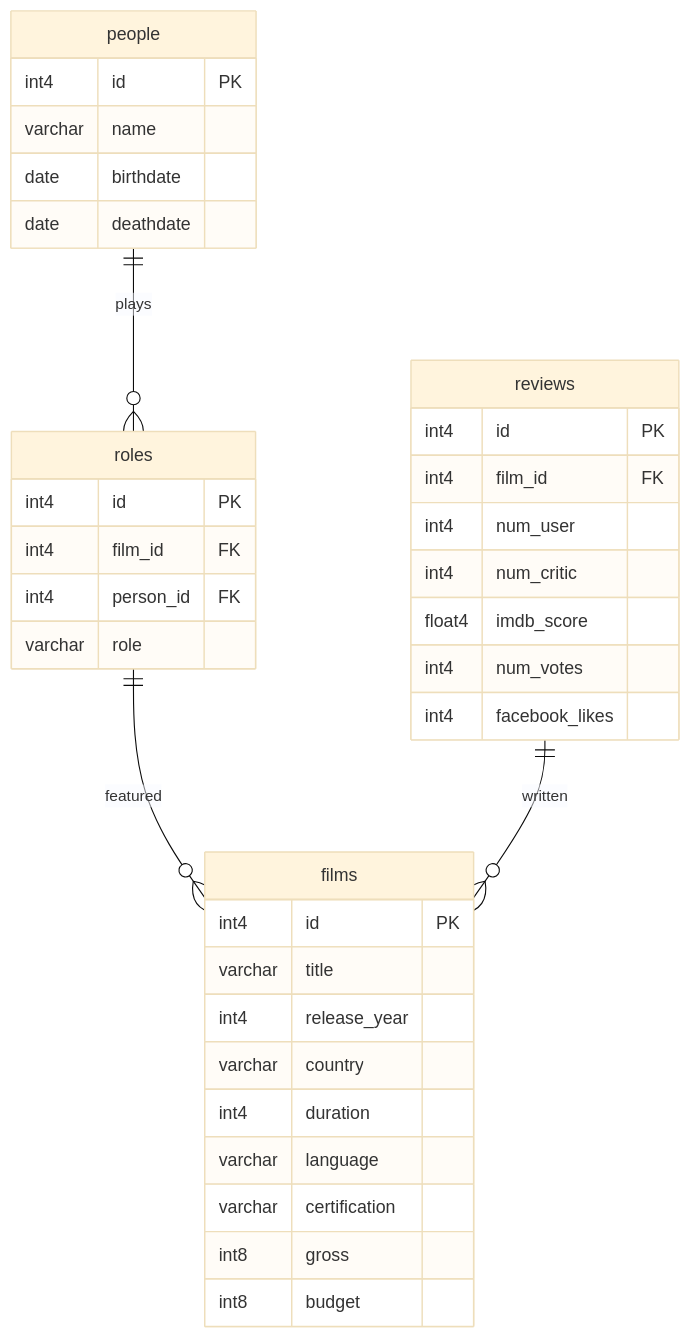
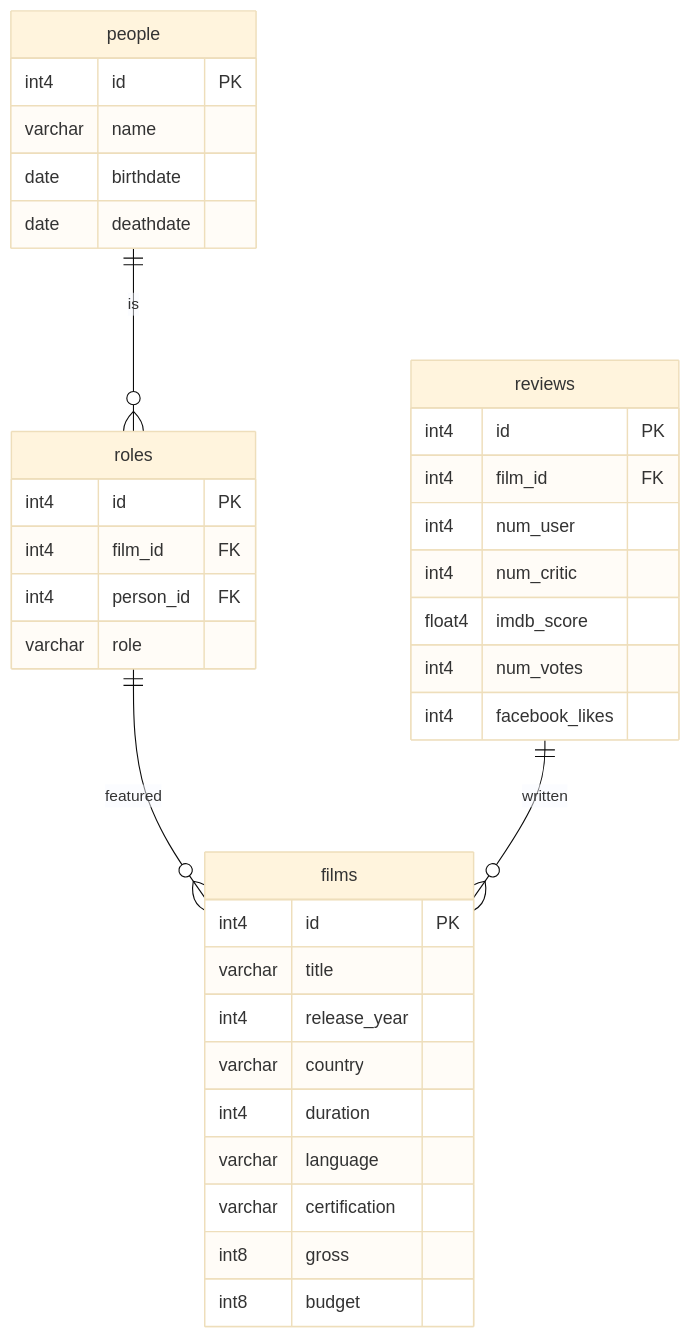
Before and after one commit to etienobongedo/SQL_PROJECTS: the diagram in films_db/diagrams.md, drawn with Mermaid (base theme).

````diff
--- a/films_db/diagrams.md
+++ b/films_db/diagrams.md
@@ -1,38 +1,38 @@
 ```mermaid
 erDiagram
     roles ||--o{ films : featured
-    people ||--o{ roles : plays
+    people ||--o{ roles : is
     reviews ||--o{ films : written
     films {
         int4 id PK
         varchar title
         int4 release_year
         varchar country
         int4 duration
         varchar language
         varchar certification
         int8 gross
         int8 budget
     }
     people {
         int4 id PK
         varchar name
         date birthdate
         date deathdate
     }
     reviews {
         int4 id PK
         int4 film_id FK
         int4 num_user
         int4 num_critic
         float4 imdb_score
         int4 num_votes
         int4 facebook_likes
     }
     roles {
         int4 id PK
         int4 film_id FK
         int4 person_id FK
         varchar role
     }
 ```
````
